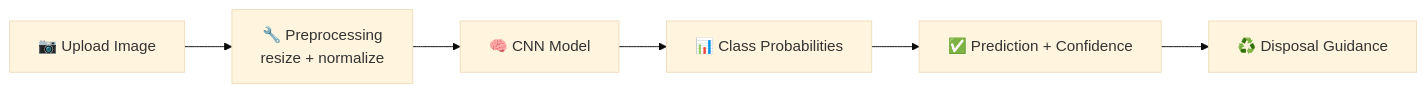
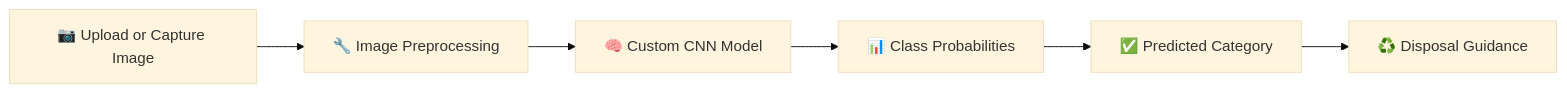
One commit to TechyGautam/Smart-Waste-Segregation-System changed the diagram in README.md. Above: the diagram before and after it, drawn with Mermaid (base theme). The commit also changed other lines of this file, not shown here.

````diff
--- a/README.md
+++ b/README.md
@@ -49,8 +55,8 @@
 ```mermaid
 flowchart LR
-    A[📷 Upload Image] --> B[🔧 Preprocessing<br/>resize + normalize]
-    B --> C[🧠 CNN Model]
+    A[📷 Upload or Capture Image] --> B[🔧 Image Preprocessing]
+    B --> C[🧠 Custom CNN Model]
     C --> D[📊 Class Probabilities]
-    D --> E[✅ Prediction + Confidence]
+    D --> E[✅ Predicted Category]
     E --> F[♻️ Disposal Guidance]
 ```
````
